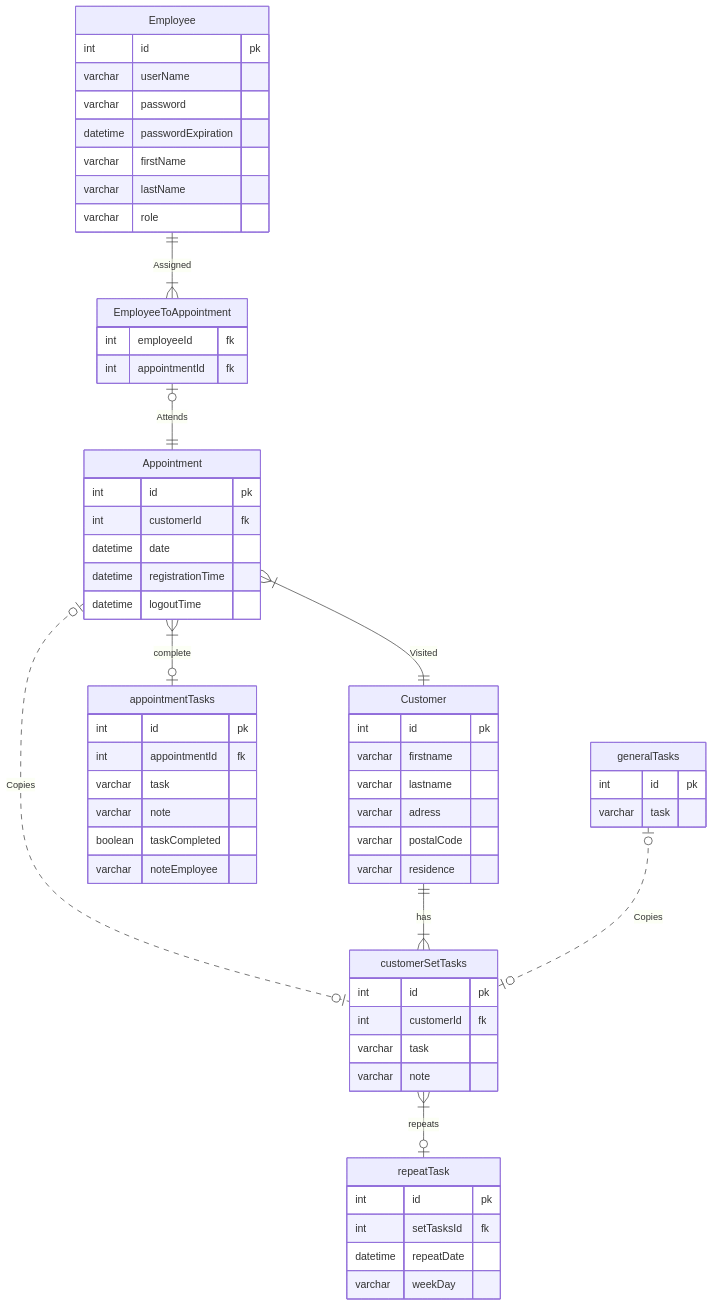
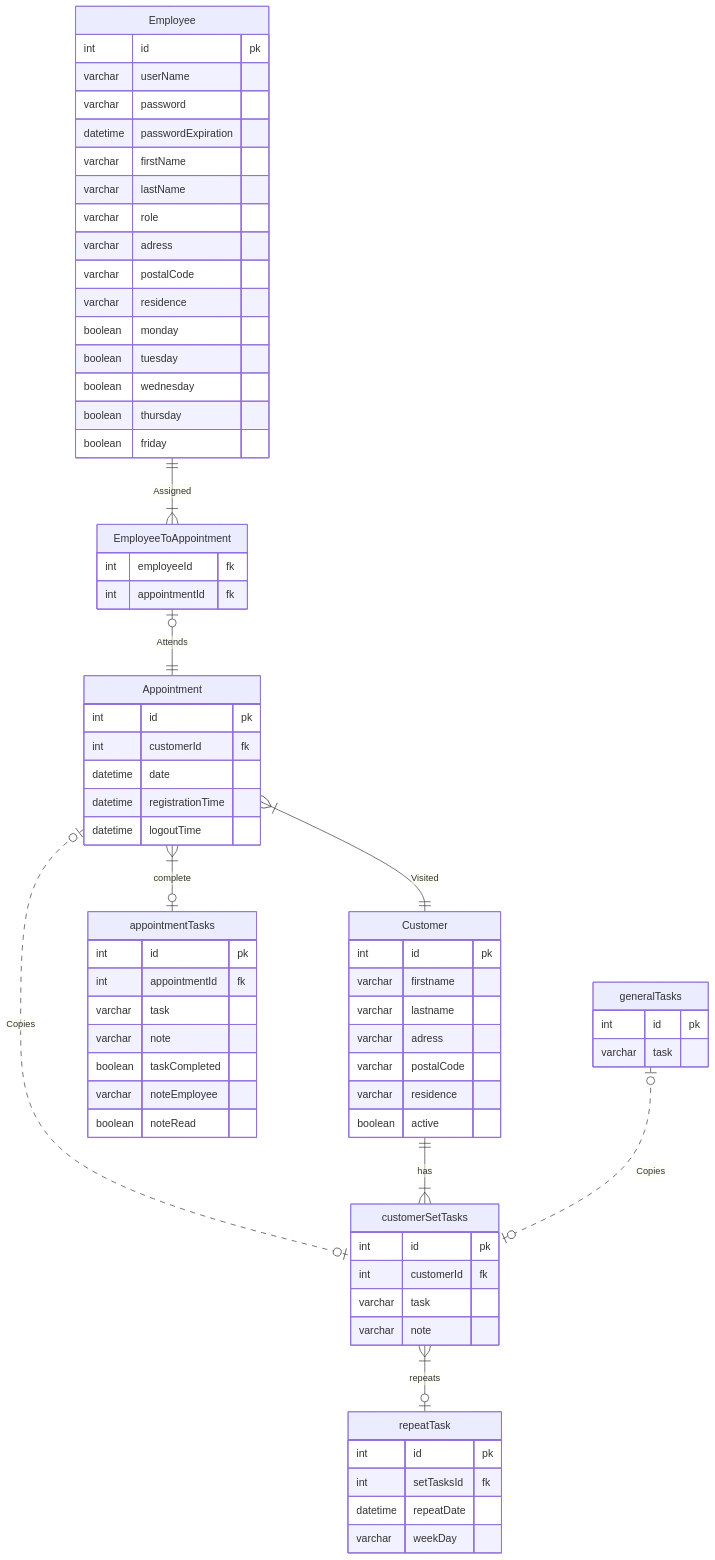
Before and after one commit to Educom-Trainees/educom-zorgApp: the diagram in documentation/ERD.md, drawn with Mermaid.

````diff
--- a/documentation/ERD.md
+++ b/documentation/ERD.md
@@ -1,72 +1,82 @@
 ```mermaid
 erDiagram
   Employee ||--|{ EmployeeToAppointment : Assigned
   Employee{
   int id pk
   varchar userName
   varchar password
   datetime passwordExpiration
   varchar firstName
   varchar lastName
   varchar role
+  varchar adress
+  varchar postalCode
+  varchar residence
+  boolean monday
+  boolean tuesday
+  boolean wednesday
+  boolean thursday
+  boolean friday
   }
 
   EmployeeToAppointment o|--|| Appointment : Attends
   EmployeeToAppointment{
   int employeeId fk
   int appointmentId fk
   }
 
   Appointment }|--|| Customer : Visited
   Appointment }|--|o appointmentTasks : complete
   Appointment o|..|o customerSetTasks : Copies
   Appointment{
   int id pk
   int customerId fk
   datetime date
   datetime registrationTime
   datetime logoutTime
   }
 
   appointmentTasks{
   int id pk
   int appointmentId fk
   varchar task
   varchar note
   boolean taskCompleted
   varchar noteEmployee
+  boolean noteRead
   }
 
   Customer ||--|{ customerSetTasks : has
   Customer{
   int id pk
   varchar firstname
   varchar lastname
   varchar adress
   varchar postalCode
   varchar residence
+  boolean active
   }
 
   generalTasks o|..|o customerSetTasks : Copies
   generalTasks{
   int id pk
   varchar task
   }
 
   customerSetTasks }|--|o repeatTask : repeats
   customerSetTasks{
   int id pk
   int customerId fk
   varchar task
   varchar note
   }
 
   repeatTask{
   int id pk
   int setTasksId fk
   datetime repeatDate
   varchar weekDay
   }
 
 
 ```
````
